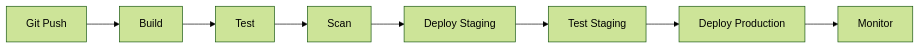
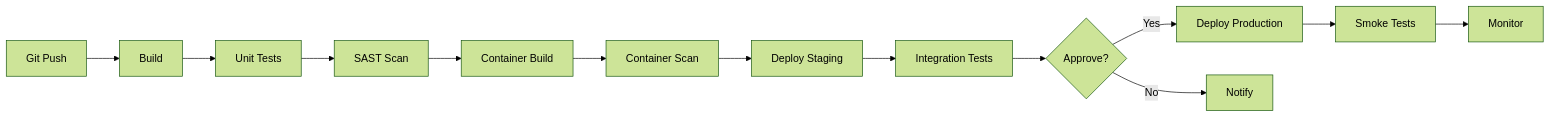
Before and after one commit to apexdataro-Fin/AEP: the diagram in docs/lessons/15-cicd/01-cicd-pipelines.md, drawn with Mermaid (forest theme). The commit also changed other lines of this file and 3 other files, not shown here.

````diff
--- a/docs/lessons/15-cicd/01-cicd-pipelines.md
+++ b/docs/lessons/15-cicd/01-cicd-pipelines.md
@@ -20,10 +21,15 @@
 ```mermaid
 graph LR
     A[Git Push] --> B[Build]
-    B --> C[Test]
-    C --> D[Scan]
-    D --> E[Deploy Staging]
-    E --> F[Test Staging]
-    F --> G[Deploy Production]
-    G --> H[Monitor]
+    B --> C[Unit Tests]
+    C --> D[SAST Scan]
+    D --> E[Container Build]
+    E --> F[Container Scan]
+    F --> G[Deploy Staging]
+    G --> H[Integration Tests]
+    H --> I{Approve?}
+    I -->|Yes| J[Deploy Production]
+    I -->|No| K[Notify]
+    J --> L[Smoke Tests]
+    L --> M[Monitor]
 ```
````
